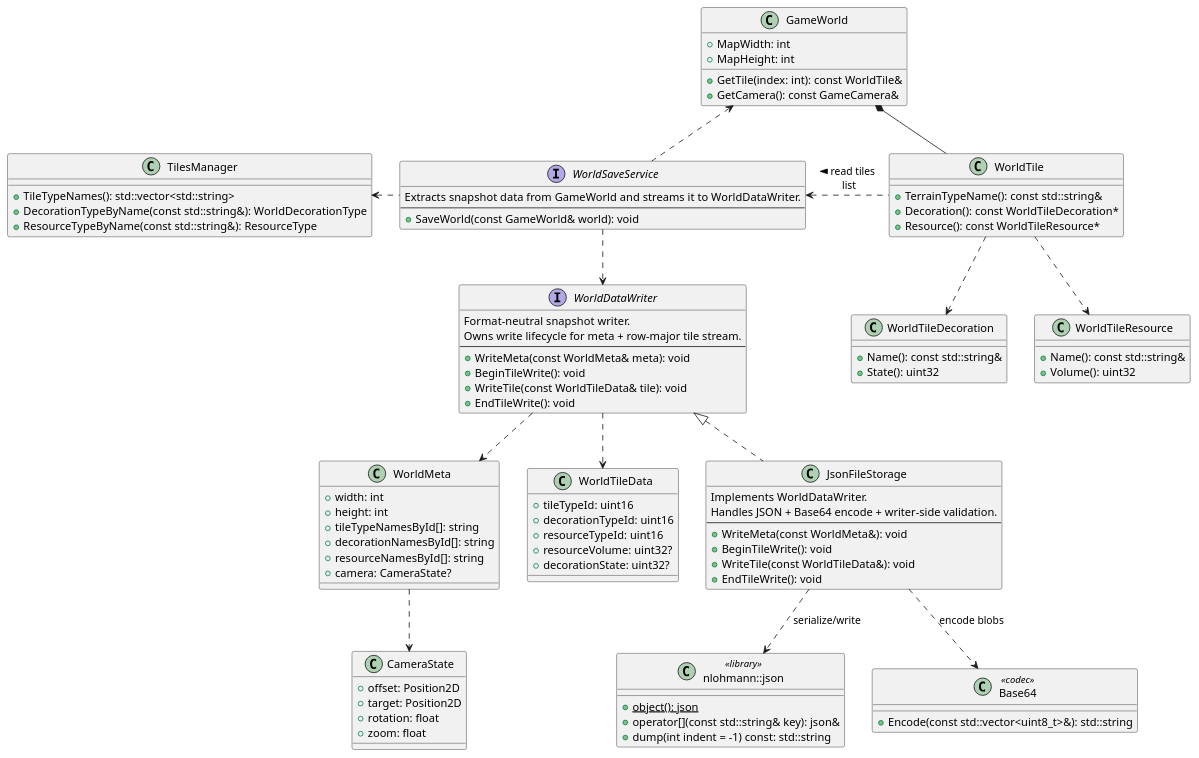
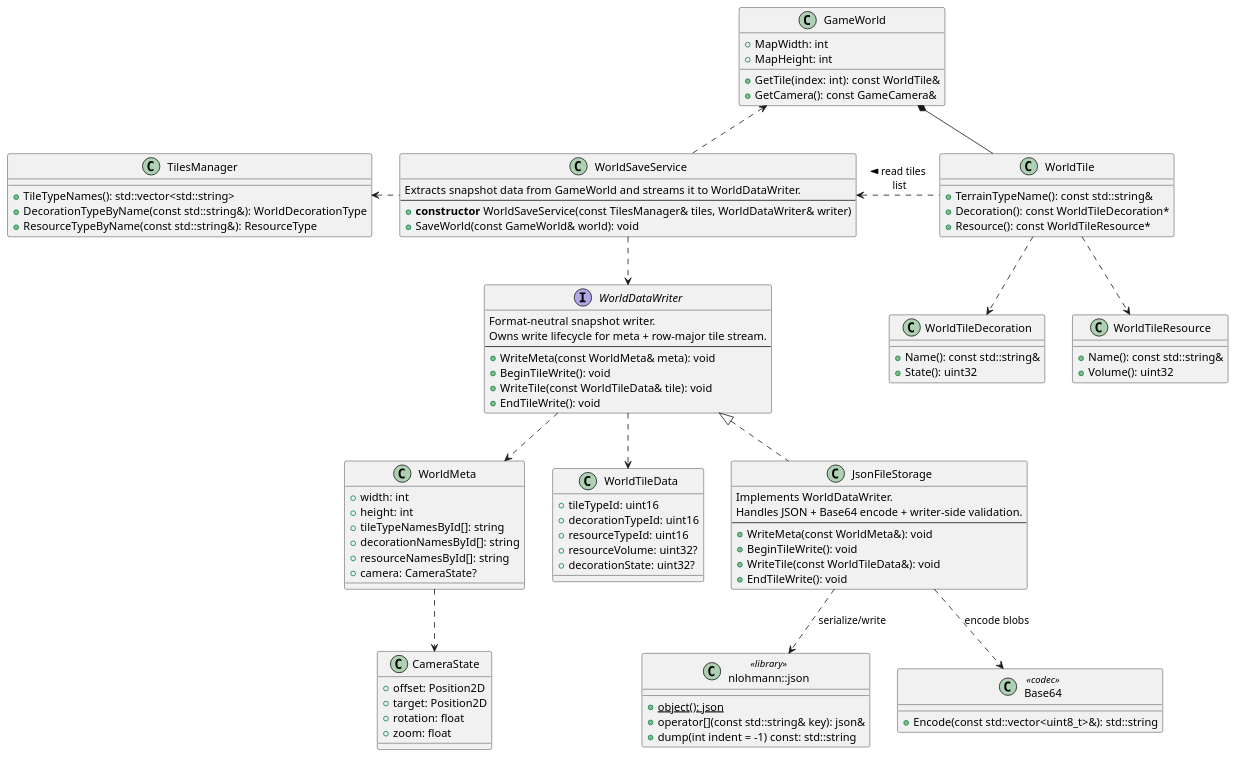
The fourth of 5 diagrams in raylib-my/docs/world_persistence_service.md (neverthedev/tile-game), drawn with PlantUML before and after one commit. The commit also changed other lines of this file and 7 other files, not shown here.

```diff
--- a/raylib-my/docs/world_persistence_service.md
+++ b/raylib-my/docs/world_persistence_service.md
@@ -345,9 +351,10 @@
 @startuml
 top to bottom direction
 
-interface WorldSaveService {
+class WorldSaveService {
   Extracts snapshot data from GameWorld and streams it to WorldDataWriter.
   ----
+  + <b>constructor</b> WorldSaveService(const TilesManager& tiles, WorldDataWriter& writer)
   + SaveWorld(const GameWorld& world): void
 }
 
```
